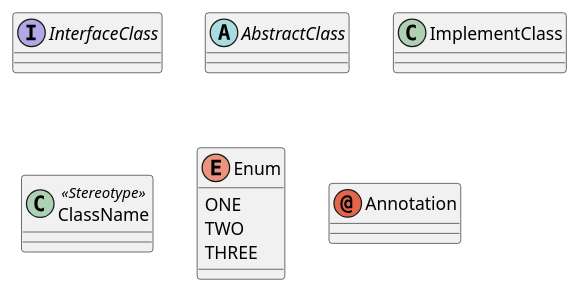
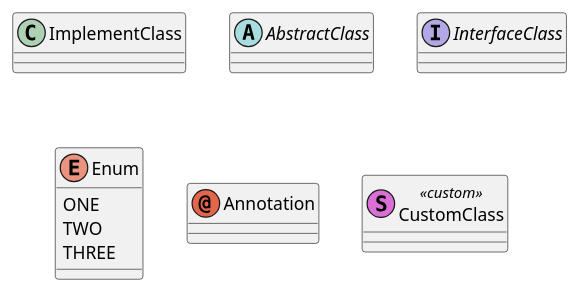
Before and after one commit to spiegel-im-spiegel/plantuml-sample: the diagram in class-diagram-01.puml, drawn with PlantUML. The commit also changed 10 other files, not shown here.

Commit message:
Update class diagrams

```diff
--- a/class-diagram-01.puml
+++ b/class-diagram-01.puml
@@ -1,20 +1,18 @@
 @startuml
-/'
- ' Samples for Class Diagrams
- '/
+
 show circle
 
+class ImplementClass
+abstract class AbstractClass
 interface InterfaceClass
-abstract AbstractClass
-class ImplementClass
-class ClassName <<Stereotype>>
 
 enum Enum {
   ONE
   TWO
   THREE
 }
 
 annotation Annotation
+class CustomClass << (S,orchid) custom >>
 
 @enduml
```
